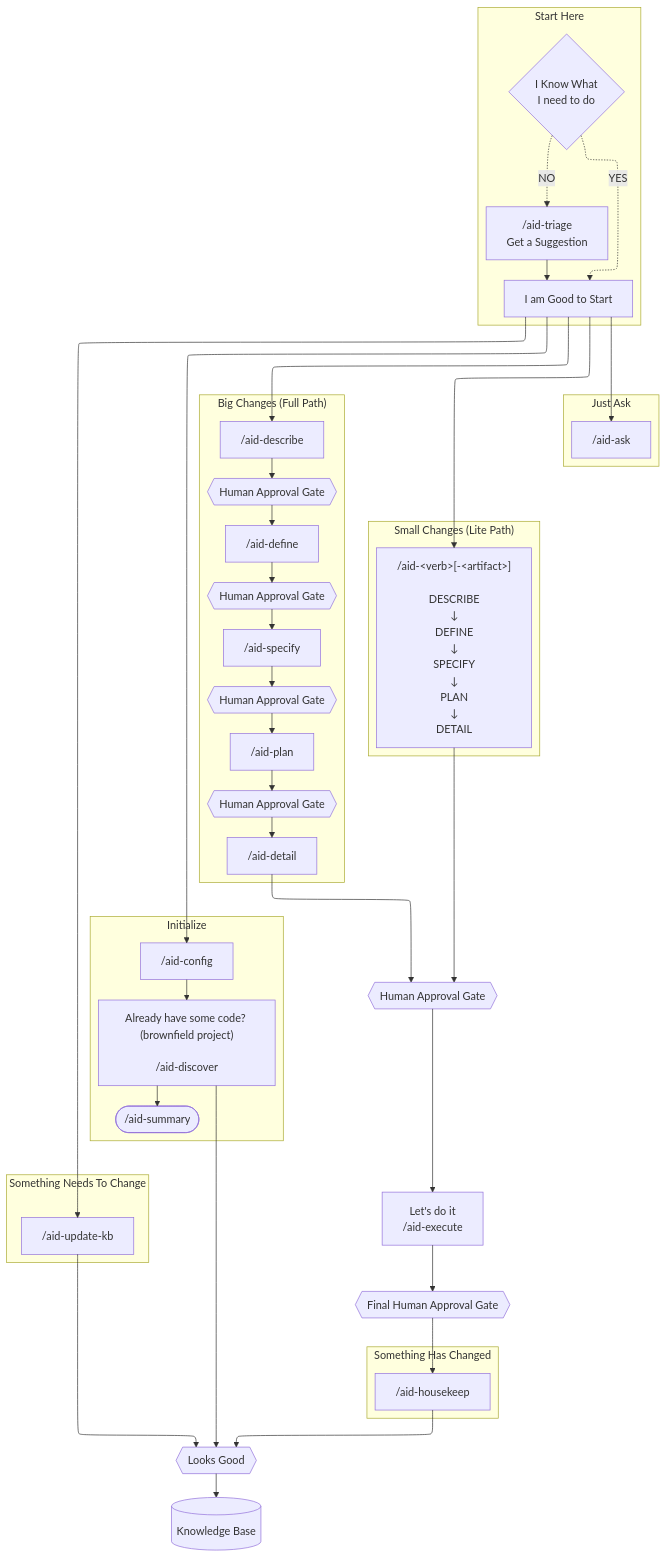
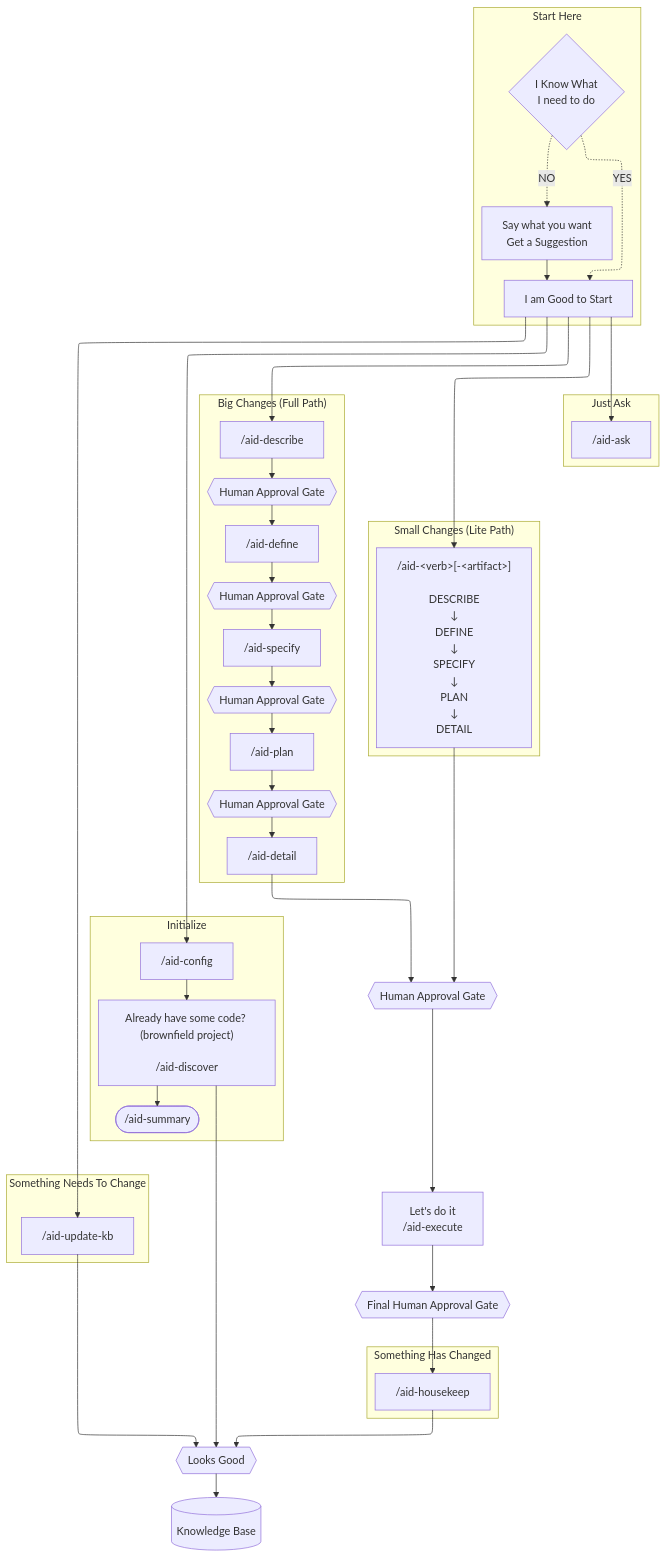
Before and after one commit to AndreVianna/aid-methodology: the diagram in README.md, drawn with Mermaid. The commit also changed other lines of this file and 17 other files, not shown here.

````diff
--- a/README.md
+++ b/README.md
@@ -25,57 +25,57 @@
 ```mermaid
 ---
 config:
   flowchart:
     defaultRenderer: "elk"
 ---
 flowchart TD
     subgraph Start["Start Here"]
         direction LR
         IDK{"I Know What<br/>I need to do"}
-        TR["/aid-triage <br/>Get a Suggestion"]
+        TR["Say what you want <br/>Get a Suggestion"]
         GTG["I am Good to Start"]
         IDK -.YES.-> GTG
         IDK -.NO.-> TR --> GTG
     end
     GTG --> CFG
     GTG --> DS
     GTG --> SC
     GTG --> ASK
     GTG --> UKB
 
     subgraph STU["Initialize"]
         CFG["/aid-config"] --> DISC["Already have some code? (brownfield project)<br/><br/>/aid-discover"]
         DISC --> SUM(["/aid-summary"])
     end
     DISC --> LKG
 
     subgraph Ask["Just Ask"]
         ASK["/aid-ask<br/>"]
     end
     subgraph Upd["Something Needs To Change"]
         UKB["/aid-update-kb"]
     end
     UKB --> LKG
 
     subgraph Lite["Small Changes (Lite Path)"]
         SC["/aid-&lt;verb&gt;[-&lt;artifact&gt;]<br/><br/>DESCRIBE<br/>↓<br/>DEFINE<br/>↓<br/>SPECIFY<br/>↓<br/>PLAN<br/>↓<br/>DETAIL"]
     end
     SC --> HALT{{"Human Approval Gate"}}
 
     subgraph Full["Big Changes (Full Path)"]
         DS["/aid-describe<br/>"]
         DS -->  HALT0{{"Human Approval Gate"}} --> DEF["/aid-define"] --> HALT1{{"Human Approval Gate"}} --> SPC["/aid-specify"] --> HALT2{{"Human Approval Gate"}} --> PLN["/aid-plan"] --> HALT3{{"Human Approval Gate"}} --> DTL["/aid-detail"]
     end
     DTL --> HALT
 
     HALT --> EXE["Let's do it<br/>/aid-execute"]
     EXE --> FHALT{{"Final Human Approval Gate"}}
 
     subgraph CHG["Something Has Changed"]
         HK["/aid-housekeep"]
     end
     FHALT --> HK
     HK --> LKG
     
     LKG{{"Looks Good"}} --> KB[("Knowledge Base")]
 ```
````
